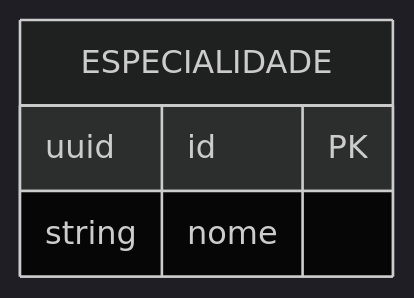
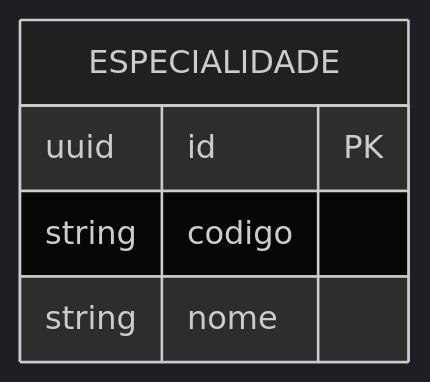
The diagram in Módulos/Recepção/Entidades/Especialidade.md (Nicolas-CustomCode/refactor-hospital-maternidade), drawn with Mermaid (dark theme) before and after one commit. The commit also changed other lines of this file and 39 other files, not shown here.

````diff
--- a/Módulos/Recepção/Entidades/Especialidade.md
+++ b/Módulos/Recepção/Entidades/Especialidade.md
@@ -3,7 +3,8 @@
 ```mermaid
 erDiagram
 ESPECIALIDADE {
 	uuid id PK
+	string codigo
 	string nome
 }
 ```
````
